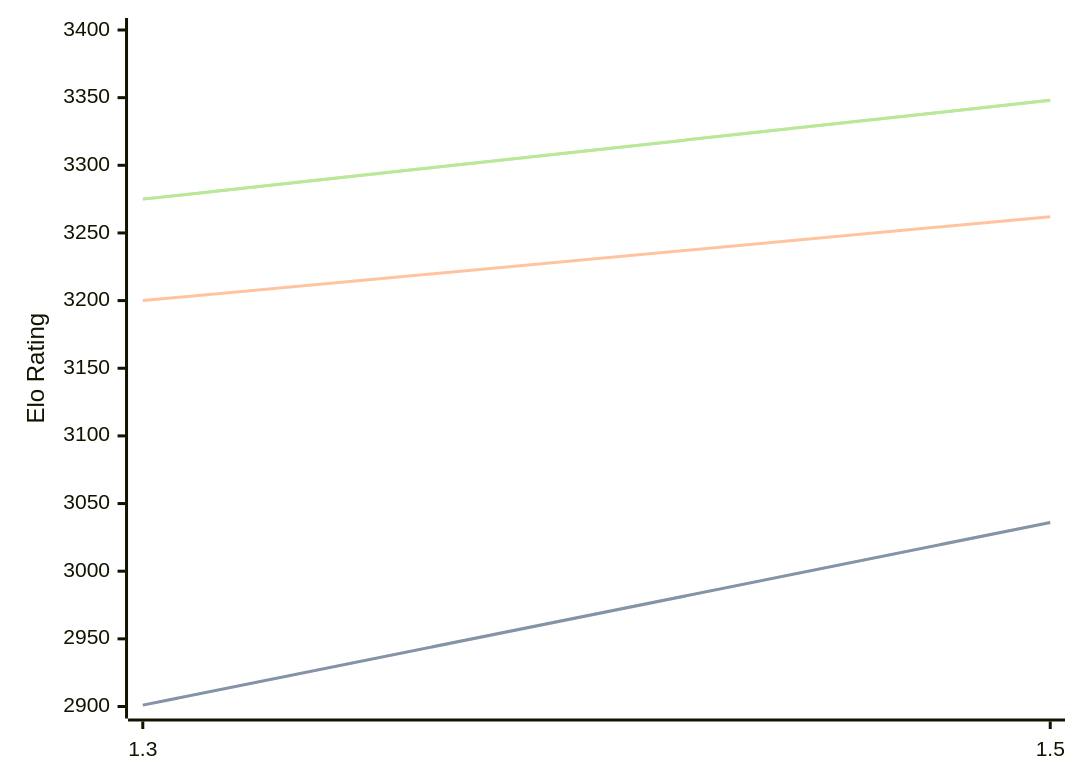
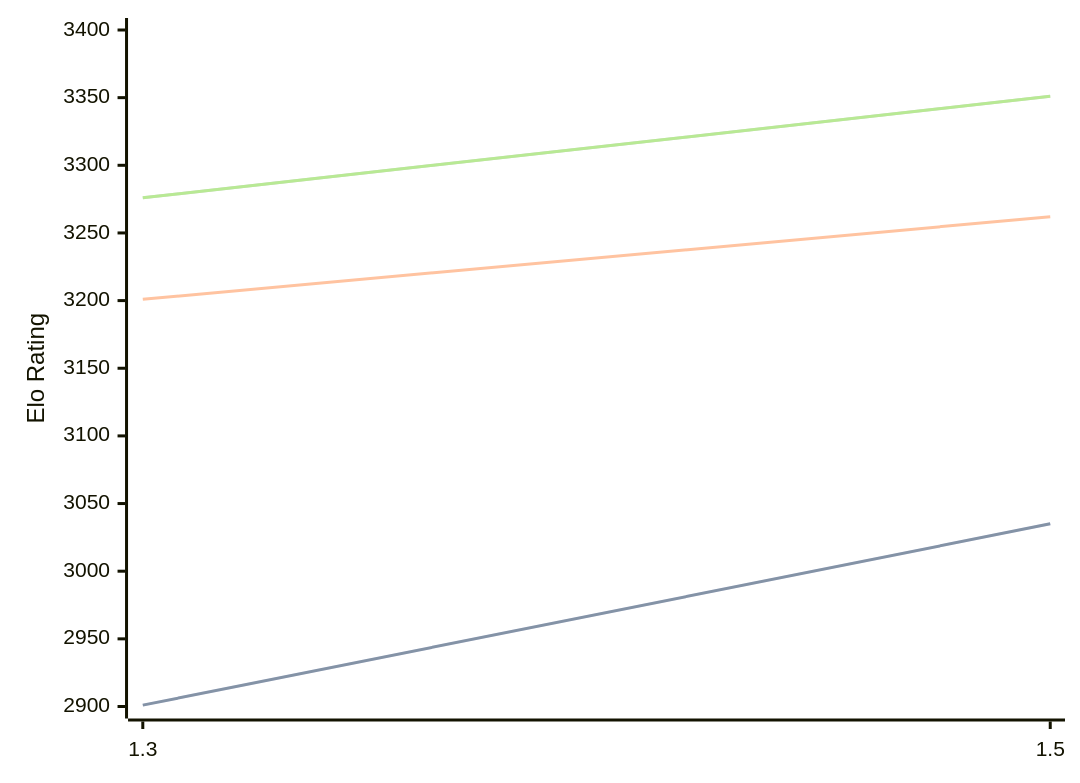
Before and after one commit to computer-chess-index/cci: the diagram in engines/Lambergar.md, drawn with Mermaid. The commit also changed other lines of this file, not shown here.

Commit message:
Update CCI Ratings (ELO VLTC) - 2026-07-26

````diff
--- a/engines/Lambergar.md
+++ b/engines/Lambergar.md
@@ -44,11 +44,11 @@
 ```mermaid
 %%{init: {"theme":"base","themeVariables":{"seriesColors:['#a3a3a3','#222221','#faa371']}}}%%
 xychart-beta
   x-axis ["1.3", "1.5"]
   y-axis "Elo Rating" 2900 --> 3400
-  line "STC (8.0+0.08s)" [2901, 3036]
-  line "STC (8.0+0.08s)" [2901, 3036]
-  line "LTC (60.0+0.60s)" [3200, 3262]
-  line "VLTC (2m24s+1.12s)" [3275, 3348]
-  line "VLTC (2m24s+1.12s)" [3275, 3348]
+  line "STC (8.0+0.08s)" [2901, 3035]
+  line "STC (8.0+0.08s)" [2901, 3035]
+  line "LTC (60.0+0.60s)" [3201, 3262]
+  line "VLTC (2m24s+1.12s)" [3276, 3351]
+  line "VLTC (2m24s+1.12s)" [3276, 3351]
 ```
````
